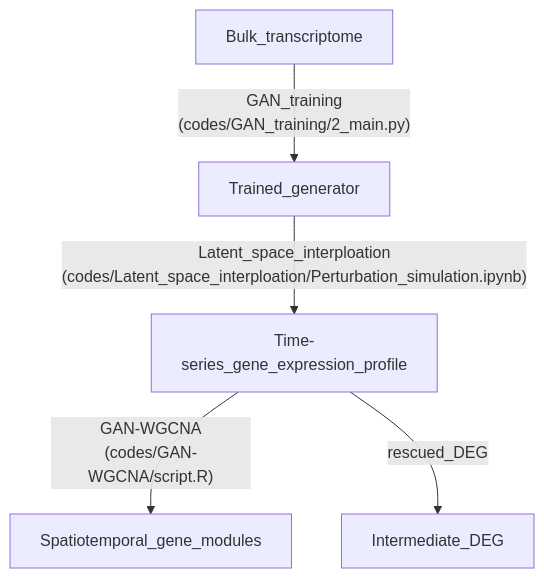
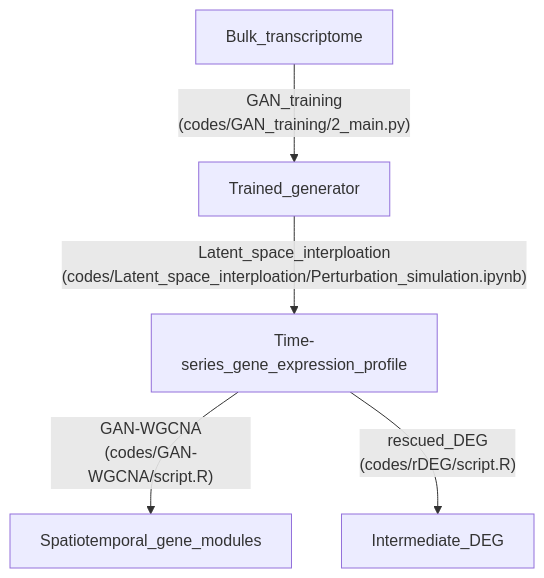
One commit to baicalin/GAN-WGCNA changed the diagram in README.md. Above: the diagram before and after it, drawn with Mermaid.

````diff
--- a/README.md
+++ b/README.md
@@ -6,8 +6,8 @@
 ```mermaid
 graph TD;
     Bulk_transcriptome -- "GAN_training<br/>(codes/GAN_training/2_main.py)" --> Trained_generator
     Trained_generator -- "Latent_space_interploation<br/>(codes/Latent_space_interploation/Perturbation_simulation.ipynb)" --> Time-series_gene_expression_profile;
     Time-series_gene_expression_profile -- "GAN-WGCNA</br>(codes/GAN-WGCNA/script.R)" --> Spatiotemporal_gene_modules;
-    Time-series_gene_expression_profile -- rescued_DEG --> Intermediate_DEG;
+    Time-series_gene_expression_profile -- "rescued_DEG</br>(codes/rDEG/script.R)" --> Intermediate_DEG;
 
 ```
````
